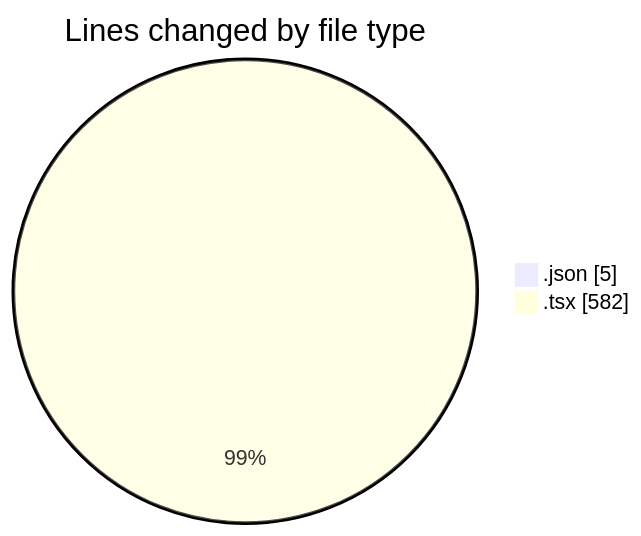
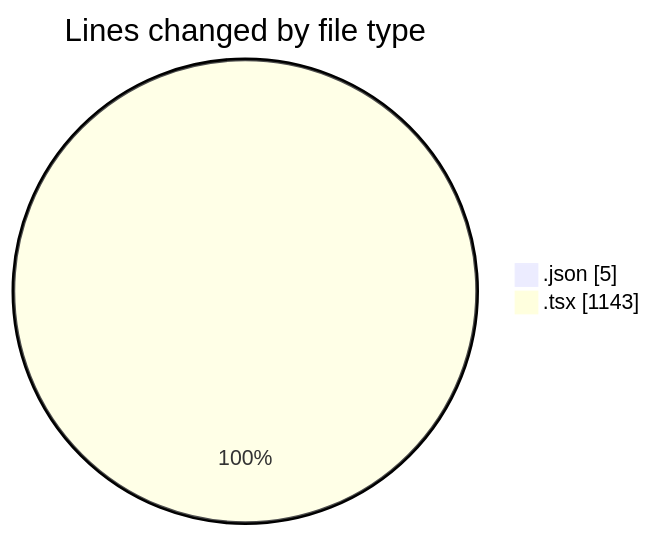
One commit to Elitesun/code-tracking changed the first of 2 diagrams in 2025-05-29/advertise/README.md. Above: the diagram before and after it, drawn with Mermaid. The commit also changed other lines of this file and 1 other file, not shown here.

````diff
--- a/2025-05-29/advertise/README.md
+++ b/2025-05-29/advertise/README.md
@@ -24,6 +26,6 @@
 ```mermaid
 pie showData
 title Lines changed by file type
 ".json" : 5
-".tsx" : 582
+".tsx" : 1143
 ```
````
